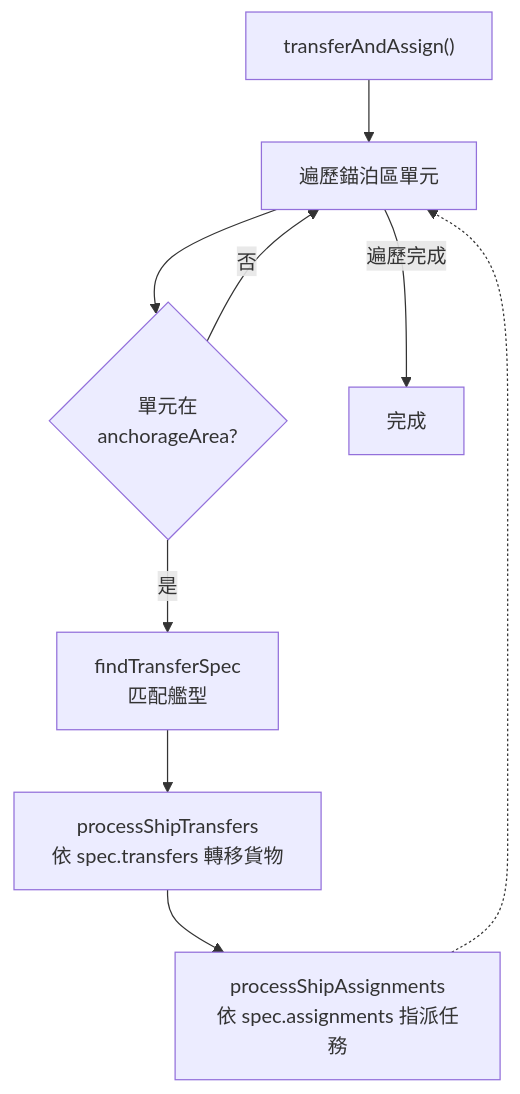
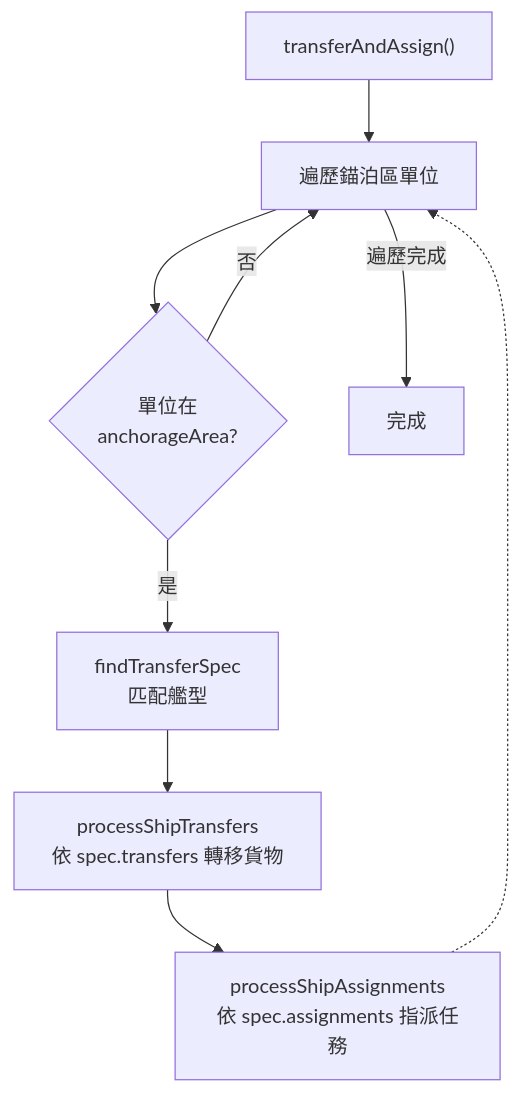
Before and after one commit to pullupjumper/formosa-in-flames: the diagram in docs/landingOps/amphibiousLogistics.md, drawn with Mermaid. The commit also changed other lines of this file and 15 other files, not shown here.

First line of the commit message:
refactor(landing-ops): restructure amphibious operations config schema and flatten data hierarchy

````diff
--- a/docs/landingOps/amphibiousLogistics.md
+++ b/docs/landingOps/amphibiousLogistics.md
@@ -48,16 +48,16 @@
 ```mermaid
 flowchart TD
     START["transferAndAssign()"]
-    ITER_UNIT["遍歷錨泊區單元"]
-    IN_AREA{單元在<br>anchorageArea?}
+    ITER_UNIT["遍歷錨泊區單位"]
+    IN_AREA{單位在<br>anchorageArea?}
     FIND_SPEC["findTransferSpec<br>匹配艦型"]
     TRANSFER["processShipTransfers<br>依 spec.transfers 轉移貨物"]
     ASSIGN["processShipAssignments<br>依 spec.assignments 指派任務"]
     DONE["完成"]
 
     START --> ITER_UNIT --> IN_AREA
     IN_AREA -->|是| FIND_SPEC --> TRANSFER --> ASSIGN
     ASSIGN -.-> ITER_UNIT
     IN_AREA -->|否| ITER_UNIT
     ITER_UNIT -->|遍歷完成| DONE
 ```
````
